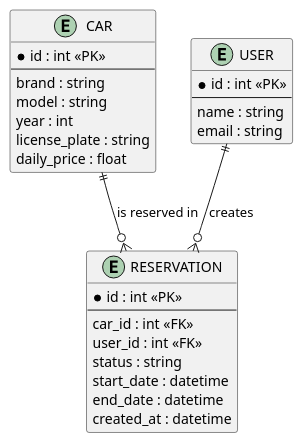
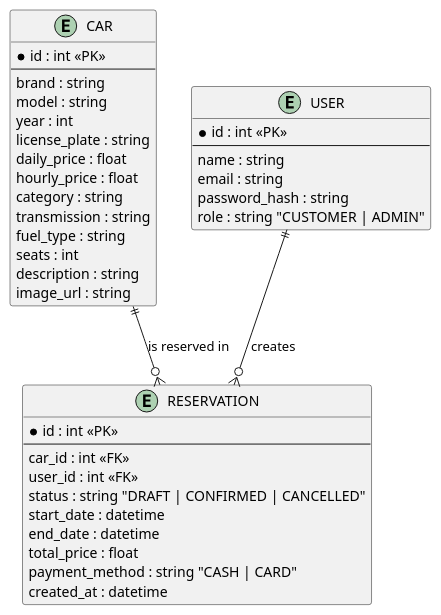
One commit to DavidMagyarics/CarRentalVSB changed the diagram in docs/diagrams/er-current.puml. Above: the diagram before and after it, drawn with PlantUML. The commit also changed 10 other files, not shown here.

```diff
--- a/docs/diagrams/er-current.puml
+++ b/docs/diagrams/er-current.puml
@@ -1,34 +1,45 @@
 @startuml er-current
 skinparam backgroundColor white
 
 entity "CAR" as CAR {
   * id : int <<PK>>
   --
   brand : string
   model : string
   year : int
   license_plate : string
   daily_price : float
+  hourly_price : float
+  category : string
+  transmission : string
+  fuel_type : string
+  seats : int
+  description : string
+  image_url : string
 }
 
 entity "USER" as USER {
   * id : int <<PK>>
   --
   name : string
   email : string
+  password_hash : string
+  role : string "CUSTOMER | ADMIN"
 }
 
 entity "RESERVATION" as RESERVATION {
   * id : int <<PK>>
   --
   car_id : int <<FK>>
   user_id : int <<FK>>
-  status : string
+  status : string "DRAFT | CONFIRMED | CANCELLED"
   start_date : datetime
   end_date : datetime
+  total_price : float
+  payment_method : string "CASH | CARD"
   created_at : datetime
 }
 
 CAR ||--o{ RESERVATION : "is reserved in"
 USER ||--o{ RESERVATION : "creates"
 @enduml
```
